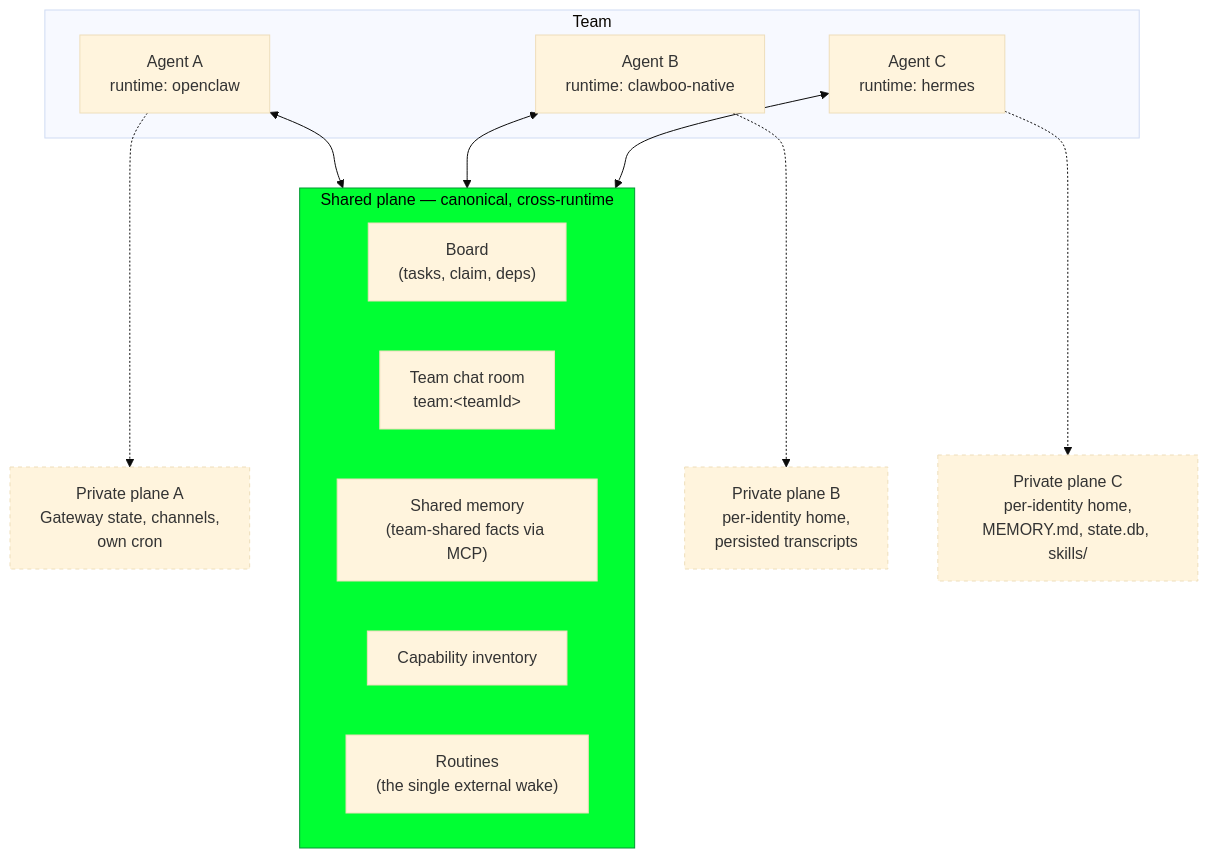
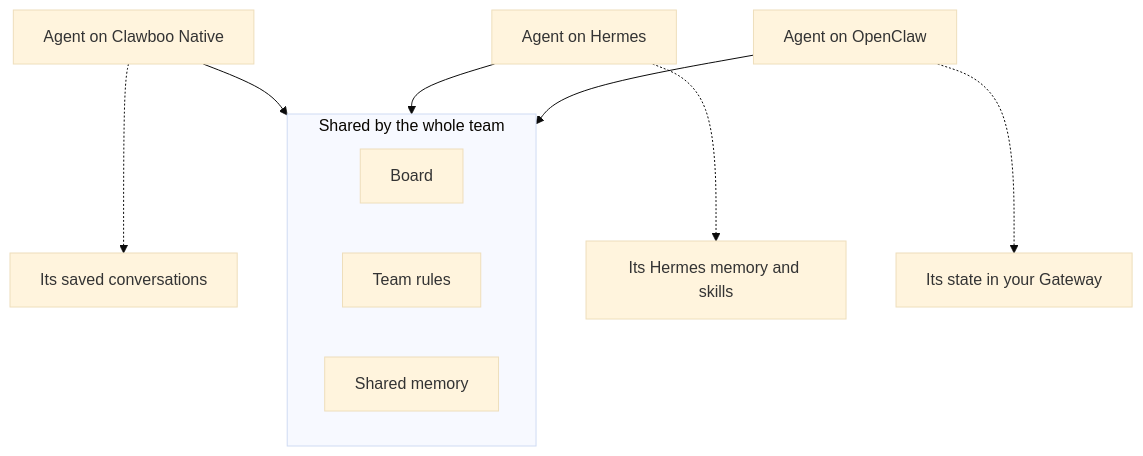
Before and after one commit to clawboo/clawboo: the diagram in docs/concepts/teams-and-planes.md, drawn with Mermaid (base theme). The commit also changed other lines of this file and 86 other files, not shown here.

````diff
--- a/docs/concepts/teams-and-planes.md
+++ b/docs/concepts/teams-and-planes.md
@@ -26,29 +27,14 @@
 ```mermaid
 flowchart TB
-    subgraph SHARED["Shared plane — canonical, cross-runtime"]
-        BOARD["Board<br/>(tasks, claim, deps)"]
-        CHAT["Team chat room<br/>team:&lt;teamId&gt;"]
-        MEM["Shared memory<br/>(team-shared facts via MCP)"]
-        CAPS["Capability inventory"]
-        ROUT["Routines<br/>(the single external wake)"]
+    subgraph SHARED["Shared by the whole team"]
+        BOARD["Board"]
+        RULES["Team rules"]
+        MEM["Shared memory"]
     end
-
-    subgraph TEAM["Team"]
-        A["Agent A<br/>runtime: openclaw"]
-        B["Agent B<br/>runtime: clawboo-native"]
-        C["Agent C<br/>runtime: hermes"]
-    end
-
-    A <--> SHARED
-    B <--> SHARED
-    C <--> SHARED
-
-    A -.-> PA["Private plane A<br/>Gateway state, channels,<br/>own cron"]
-    B -.-> PB["Private plane B<br/>per-identity home,<br/>persisted transcripts"]
-    C -.-> PC["Private plane C<br/>per-identity home,<br/>MEMORY.md, state.db, skills/"]
-
-    style SHARED fill:#0f3,stroke:#093,color:#000
-    style PA stroke-dasharray: 4 4
-    style PB stroke-dasharray: 4 4
-    style PC stroke-dasharray: 4 4
+    A["Agent on Clawboo Native"] --> SHARED
+    B["Agent on Hermes"] --> SHARED
+    C["Agent on OpenClaw"] --> SHARED
+    A -.-> PA["Its saved conversations"]
+    B -.-> PB["Its Hermes memory and skills"]
+    C -.-> PC["Its state in your Gateway"]
 ```
````
